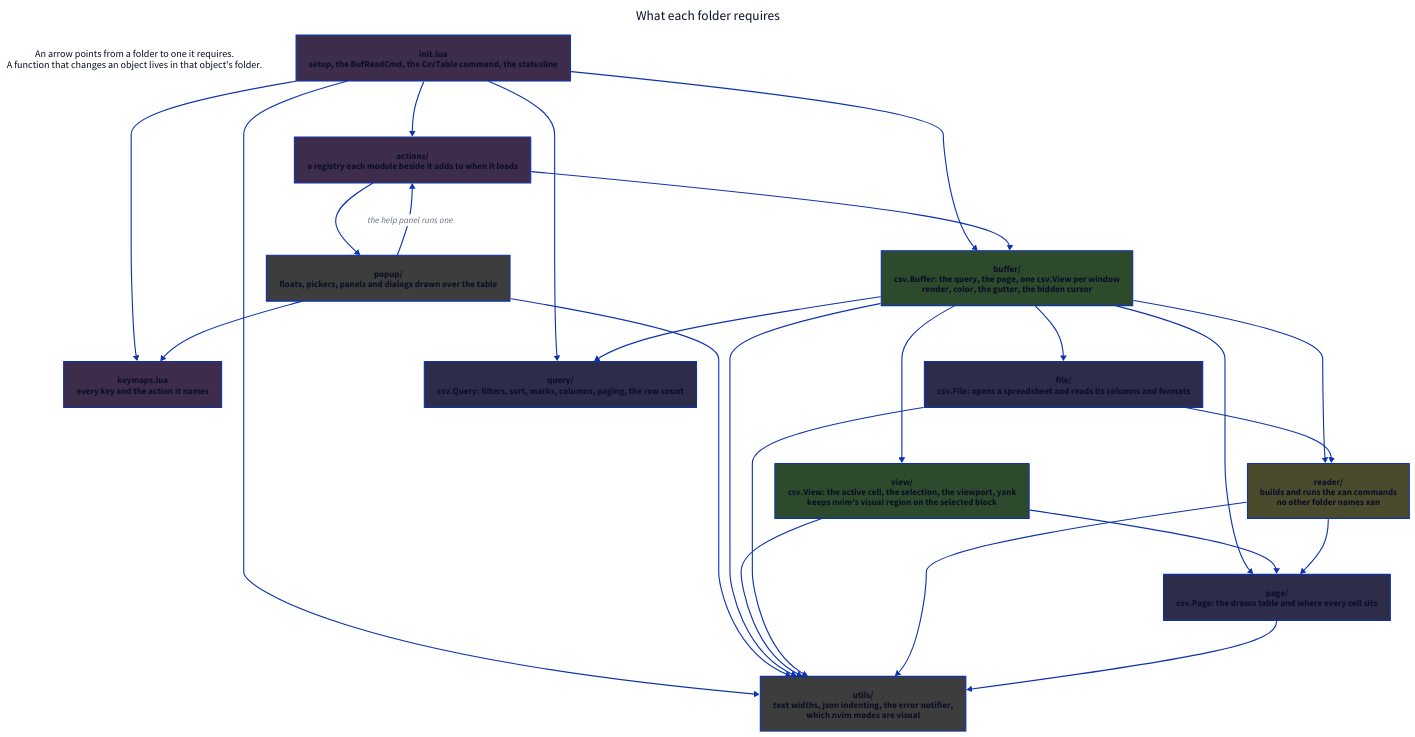
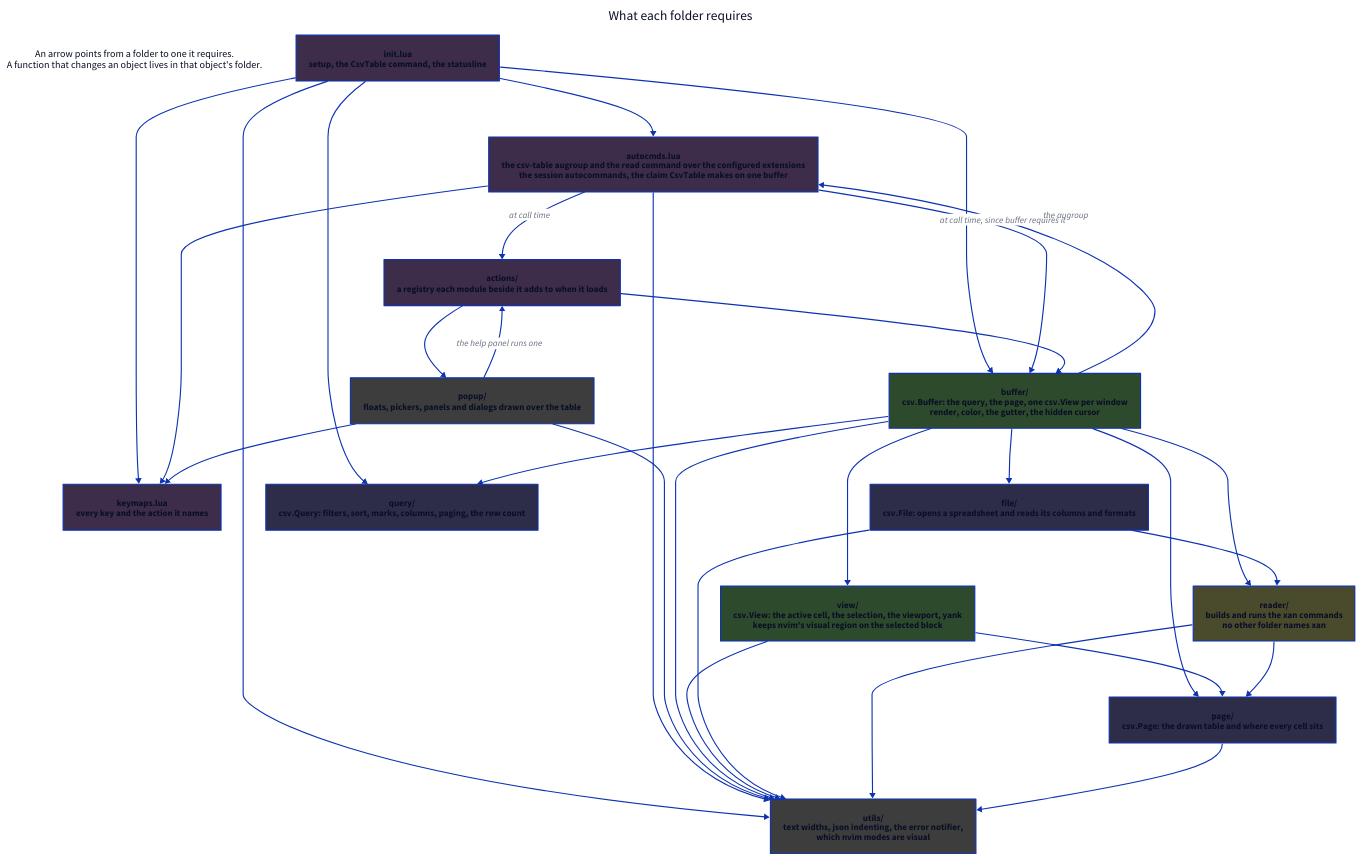
The diagram in docs/02-folders.d2 (cseickel/csv-table.nvim), drawn with D2 before and after one commit. The commit also changed 12 other files, not shown here.

First line of the commit message:
feat: open any file with :CsvTable and configure by extension

```diff
--- a/docs/02-folders.d2
+++ b/docs/02-folders.d2
@@ -1,62 +1,69 @@
 direction: down
 
 title: What each folder requires {
   near: top-center
   shape: text
   style.font-size: 24
 }
 
 rule: "An arrow points from a folder to one it requires.\nA function that changes an object lives in that object's folder." {
   shape: text
   style.font-size: 18
 }
 
 classes: {
   entry: {style.fill: "#3d2d4a"}
   data: {style.fill: "#2d2d4a"}
   run: {style.fill: "#4a4a2d"}
   draw: {style.fill: "#2d4a2d"}
   ui: {style.fill: "#3d3d3d"}
 }
 
-init: "init.lua\nsetup, the BufReadCmd, the CsvTable command, the statusline" {class: entry}
+init: "init.lua\nsetup, the CsvTable command, the statusline" {class: entry}
+autocmds: "autocmds.lua\nthe csv-table augroup and the read command over the configured extensions\nthe session autocommands, the claim CsvTable makes on one buffer" {class: entry}
 keymaps: "keymaps.lua\nevery key and the action it names" {class: entry}
 actions: "actions/\na registry each module beside it adds to when it loads" {class: entry}
 
 popup: "popup/\nfloats, pickers, panels and dialogs drawn over the table" {class: ui}
 buffer: "buffer/\ncsv.Buffer: the query, the page, one csv.View per window\nrender, color, the gutter, the hidden cursor" {class: draw}
 view: "view/\ncsv.View: the active cell, the selection, the viewport, yank\nkeeps nvim's visual region on the selected block" {class: draw}
 
 file: "file/\ncsv.File: opens a spreadsheet and reads its columns and formats" {class: data}
 query: "query/\ncsv.Query: filters, sort, marks, columns, paging, the row count" {class: data}
 reader: "reader/\nbuilds and runs the xan commands\nno other folder names xan" {class: run}
 page: "page/\ncsv.Page: the drawn table and where every cell sits" {class: data}
 utils: "utils/\ntext widths, json indenting, the error notifier,\nwhich nvim modes are visual" {class: ui}
 
-init -> actions
+init -> autocmds
 init -> buffer
 init -> keymaps
 init -> query
 init -> utils
+
+autocmds -> actions: at call time
+autocmds -> buffer: at call time, since buffer requires it
+autocmds -> keymaps
+autocmds -> utils
 
 actions -> buffer
 actions -> popup
 popup -> actions: the help panel runs one
 popup -> keymaps
 popup -> utils
 
+buffer -> autocmds: the augroup
 buffer -> file
 buffer -> query
 buffer -> page
 buffer -> reader
 buffer -> utils
 buffer -> view
 
 view -> page
 view -> utils
 
 file -> reader
 file -> utils
 reader -> page
 reader -> utils
 page -> utils
```
